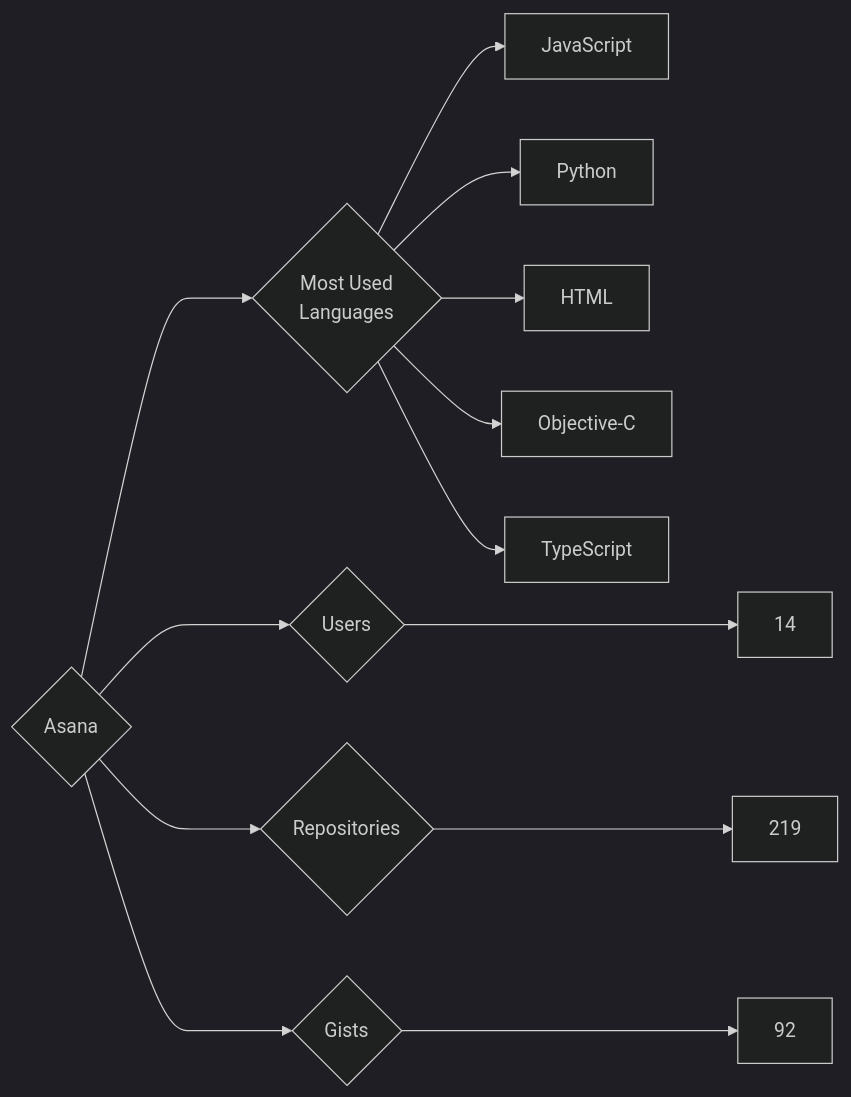
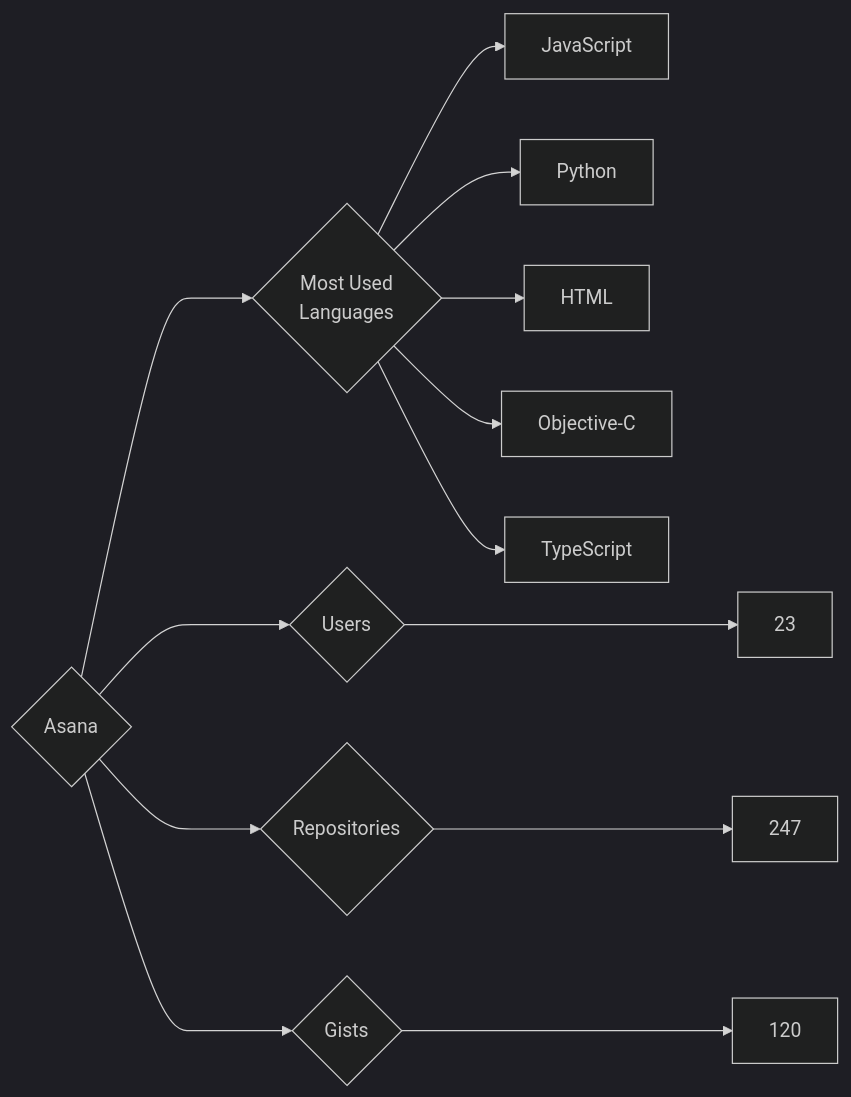
One commit to trickest/insiders changed the diagram in targets/Asana/README.md. Above: the diagram before and after it, drawn with Mermaid (dark theme). The commit also changed 594 other files, not shown here.

````diff
--- a/targets/Asana/README.md
+++ b/targets/Asana/README.md
@@ -3,13 +3,13 @@
 ```mermaid
 graph LR
 COMPANY_NAME{Asana}
-COMPANY_NAME ---> U{Users} ---> UN[14]
-COMPANY_NAME ---> R{Repositories} ---> RN[219]
-COMPANY_NAME ---> G{Gists} ---> GN[92]
+COMPANY_NAME ---> U{Users} ---> UN[23]
+COMPANY_NAME ---> R{Repositories} ---> RN[247]
+COMPANY_NAME ---> G{Gists} ---> GN[120]
 COMPANY_NAME ---> ML{Most Used<br>Languages}
 ML --> JavaScript[JavaScript]
 ML --> Python[Python]
 ML --> HTML[HTML]
 ML --> Objective-C[Objective-C]
 ML --> TypeScript[TypeScript]
 ```
````
